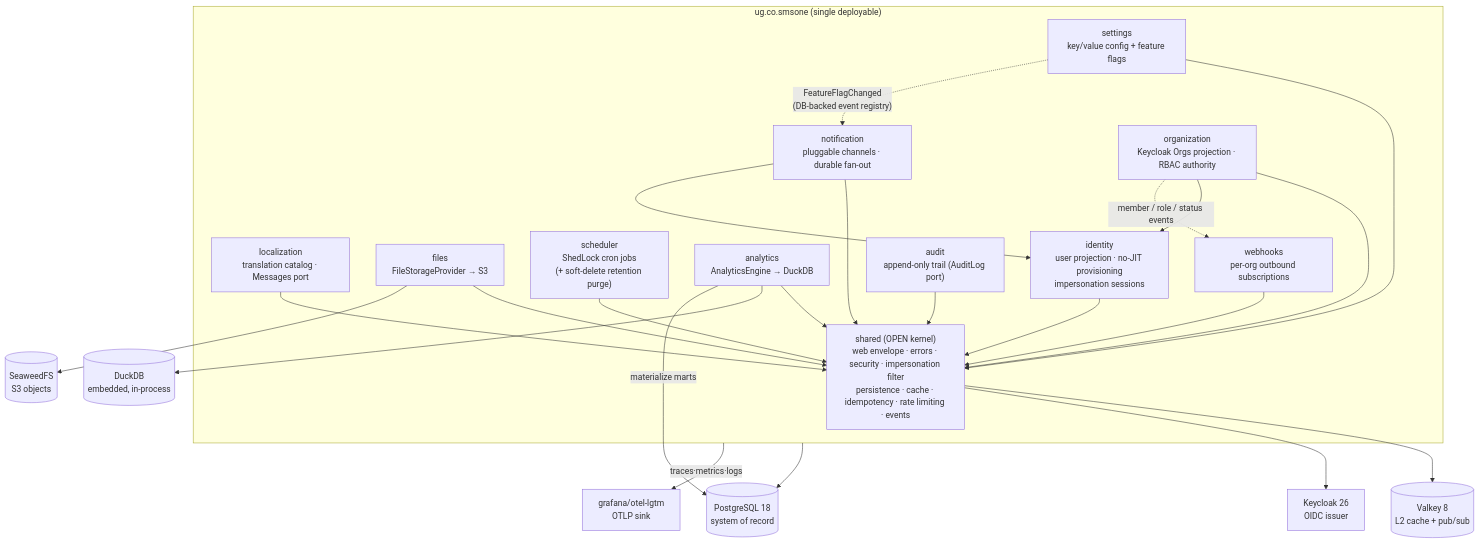
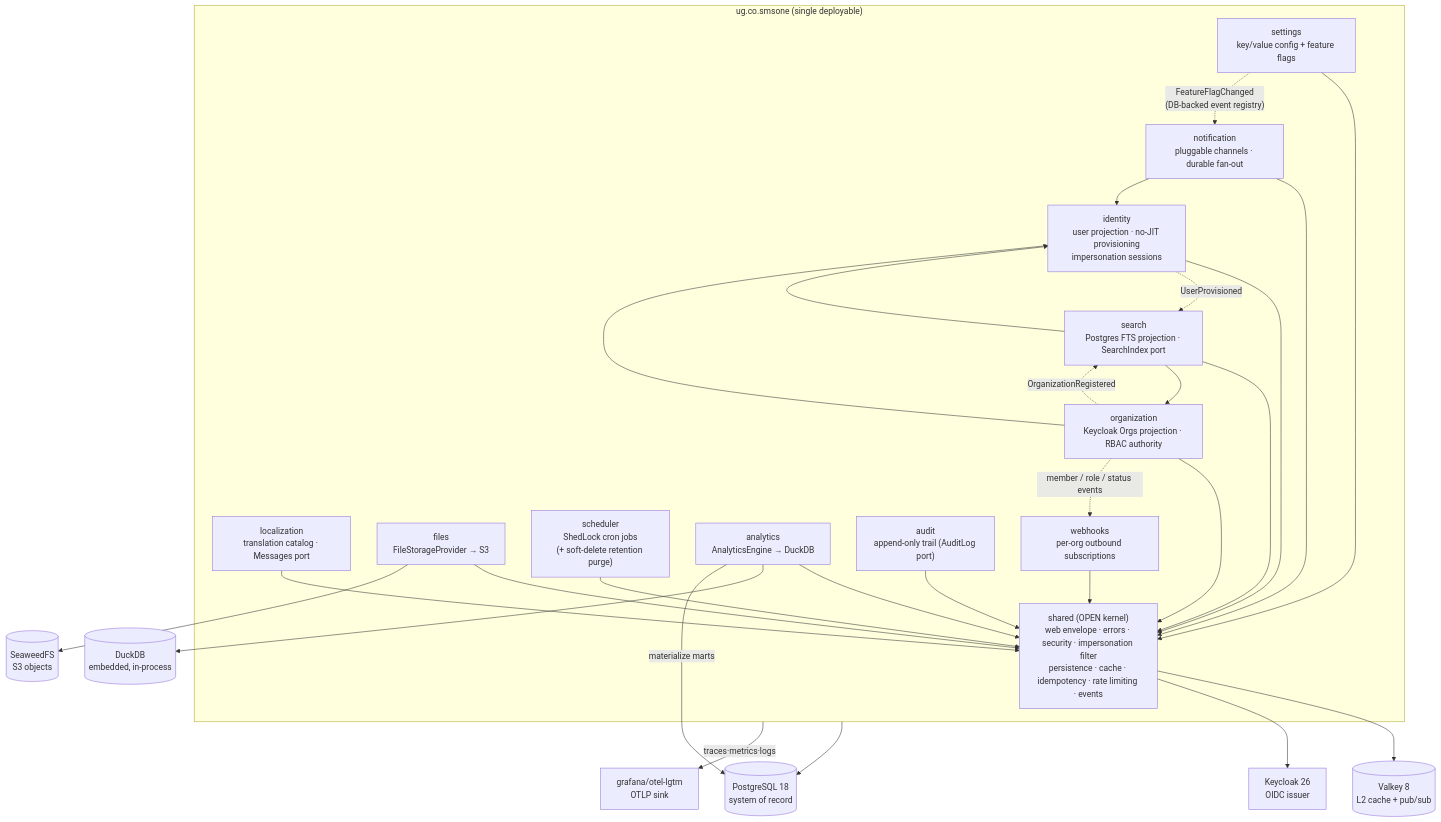
One commit to Paul-Ayesiga/enterprise-modulith-template changed the first of 2 diagrams in docs/ARCHITECTURE.md. Above: the diagram before and after it, drawn with Mermaid. The commit also changed 27 other files, not shown here.

First line of the commit message:
feat(search): Postgres FTS module with a measured speed gate (V22)

````diff
--- a/docs/ARCHITECTURE.md
+++ b/docs/ARCHITECTURE.md
@@ -13,48 +13,54 @@
 ```mermaid
 flowchart TB
     subgraph app["ug.co.smsone (single deployable)"]
         shared["shared (OPEN kernel)\nweb envelope · errors · security · impersonation filter\npersistence · cache · idempotency · rate limiting · events"]
         settings["settings\nkey/value config + feature flags"]
         localization["localization\ntranslation catalog · Messages port"]
+        search["search\nPostgres FTS projection · SearchIndex port"]
         files["files\nFileStorageProvider → S3"]
         scheduler["scheduler\nShedLock cron jobs\n(+ soft-delete retention purge)"]
         analytics["analytics\nAnalyticsEngine → DuckDB"]
         notification["notification\npluggable channels · durable fan-out"]
         identity["identity\nuser projection · no-JIT provisioning\nimpersonation sessions"]
         organization["organization\nKeycloak Orgs projection · RBAC authority"]
         audit["audit\nappend-only trail (AuditLog port)"]
         webhooks["webhooks\nper-org outbound subscriptions"]
     end
 
     settings --> shared
     localization --> shared
     files --> shared
     scheduler --> shared
     analytics --> shared
     notification --> shared
     identity --> shared
     organization --> shared
     audit --> shared
     webhooks --> shared
 
     organization --> identity
     notification --> identity
+    search --> shared
+    search --> identity
+    search --> organization
 
     settings -. "FeatureFlagChanged\n(DB-backed event registry)" .-> notification
     organization -. "member / role / status events" .-> webhooks
+    organization -. "OrganizationRegistered" .-> search
+    identity -. "UserProvisioned" .-> search
 
     postgres[("PostgreSQL 18\nsystem of record")]
     valkey[("Valkey 8\nL2 cache + pub/sub")]
     seaweed[("SeaweedFS\nS3 objects")]
     keycloak["Keycloak 26\nOIDC issuer"]
     duckdb[("DuckDB\nembedded, in-process")]
     lgtm["grafana/otel-lgtm\nOTLP sink"]
 
     app --> postgres
     shared --> valkey
     files --> seaweed
     shared --> keycloak
     analytics --> duckdb
     analytics -- "materialize marts" --> postgres
     app -- "traces·metrics·logs" --> lgtm
 ```
````
